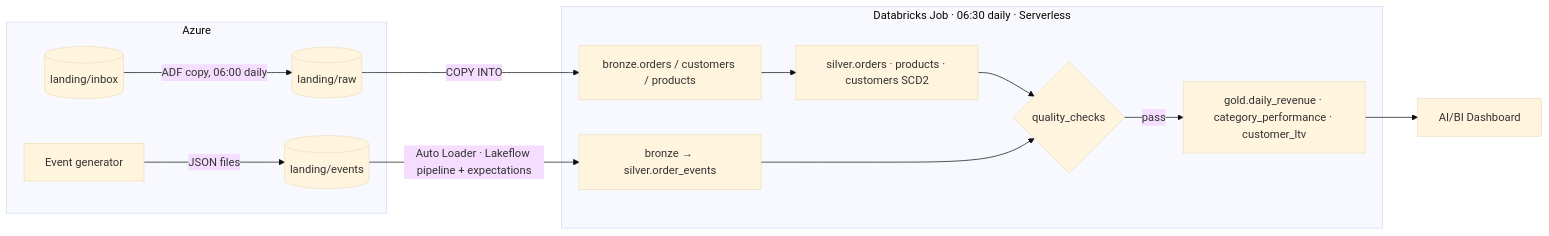
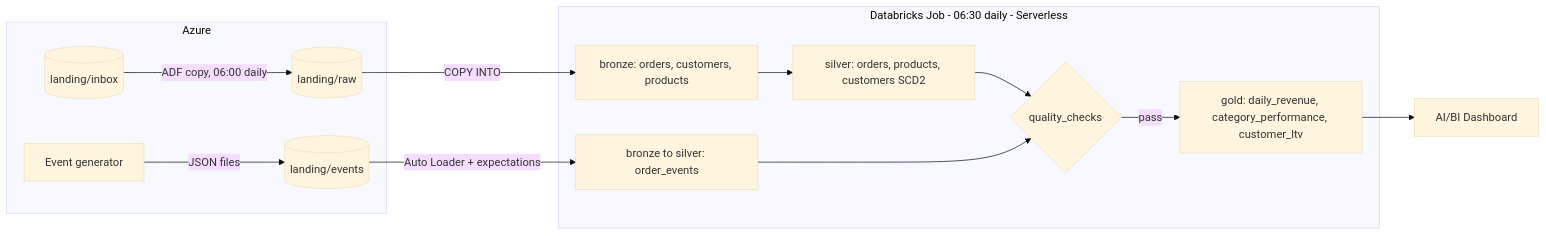
The diagram in README.md (markestafanos/shopstream-azure-lakehouse), drawn with Mermaid (base theme) before and after one commit.

````diff
--- a/README.md
+++ b/README.md
@@ -11,18 +11,18 @@
 ```mermaid
 flowchart LR
-    subgraph Azure
-        INBOX[(landing/inbox)] -->|ADF copy, 06:00 daily| RAW[(landing/raw)]
-        GEN[Event generator] -->|JSON files| EVT[(landing/events)]
+    subgraph AZ["Azure"]
+        INBOX[("landing/inbox")] -->|"ADF copy, 06:00 daily"| RAW[("landing/raw")]
+        GEN["Event generator"] -->|"JSON files"| EVT[("landing/events")]
     end
 
-    subgraph Databricks["Databricks Job · 06:30 daily · Serverless"]
-        RAW -->|COPY INTO| B[bronze.orders / customers / products]
-        B --> S[silver.orders · products · customers SCD2]
-        EVT -->|Auto Loader · Lakeflow pipeline + expectations| SE[bronze → silver.order_events]
-        S --> Q{quality_checks}
+    subgraph DBX["Databricks Job - 06:30 daily - Serverless"]
+        RAW -->|"COPY INTO"| B["bronze: orders, customers, products"]
+        B --> S["silver: orders, products, customers SCD2"]
+        EVT -->|"Auto Loader + expectations"| SE["bronze to silver: order_events"]
+        S --> Q{"quality_checks"}
         SE --> Q
-        Q -->|pass| G[gold.daily_revenue · category_performance · customer_ltv]
+        Q -->|"pass"| G["gold: daily_revenue, category_performance, customer_ltv"]
     end
 
-    G --> D[AI/BI Dashboard]
+    G --> D["AI/BI Dashboard"]
 ```
````
